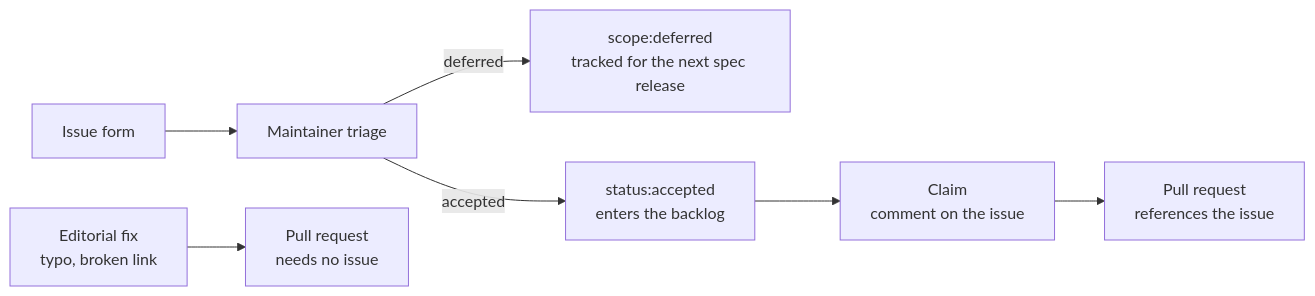
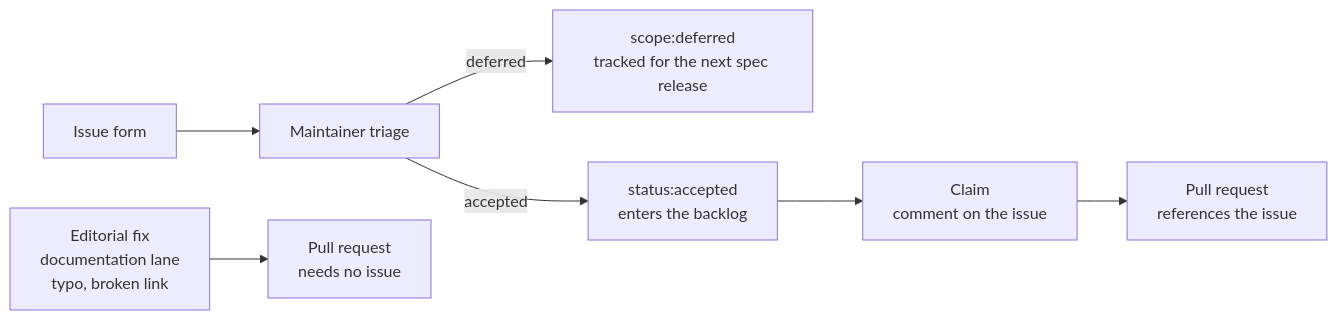
Before and after one commit to GenAI-Security-Project/agent-control-standard: the fourth of 4 diagrams in README.md, drawn with Mermaid. The commit also changed 4 other files, not shown here.

Commit message:
Name the root notice files, the lane in the flow, and the fixture hand edits

````diff
--- a/README.md
+++ b/README.md
@@ -356,9 +356,9 @@
 ```mermaid
 flowchart LR
     F["Issue form"] --> T["Maintainer triage"]
     T -->|"deferred"| D["scope:deferred<br/>tracked for the next spec release"]
     T -->|"accepted"| A["status:accepted<br/>enters the backlog"]
     A --> C["Claim<br/>comment on the issue"]
     C --> P["Pull request<br/>references the issue"]
-    E["Editorial fix<br/>typo, broken link"] --> P2["Pull request<br/>needs no issue"]
+    E["Editorial fix<br/>documentation lane<br/>typo, broken link"] --> P2["Pull request<br/>needs no issue"]
 ```
````
